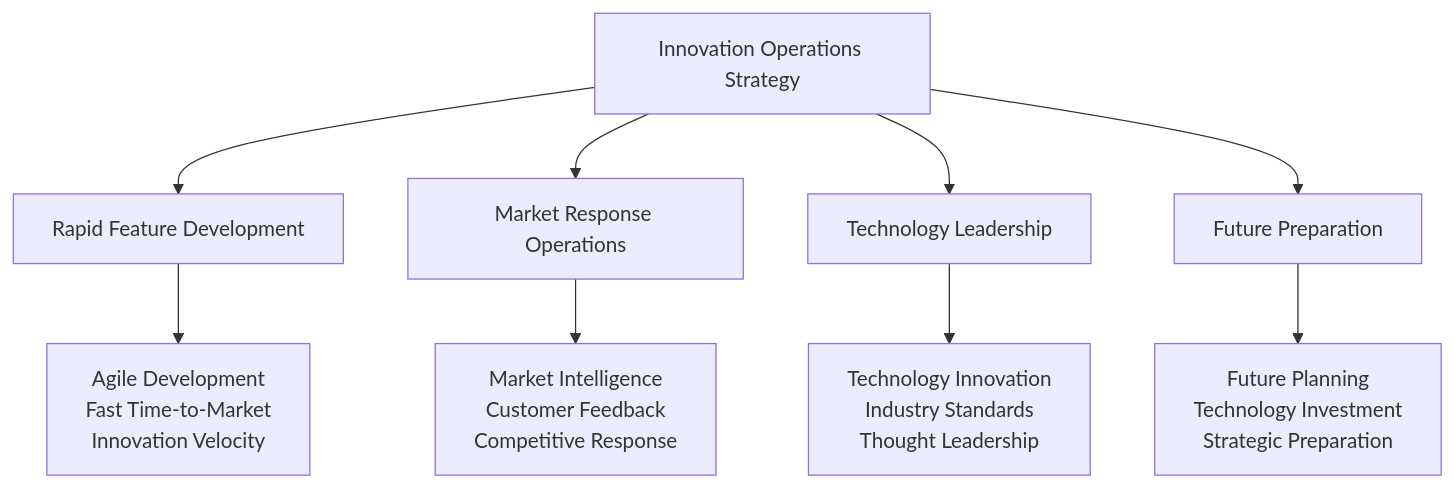
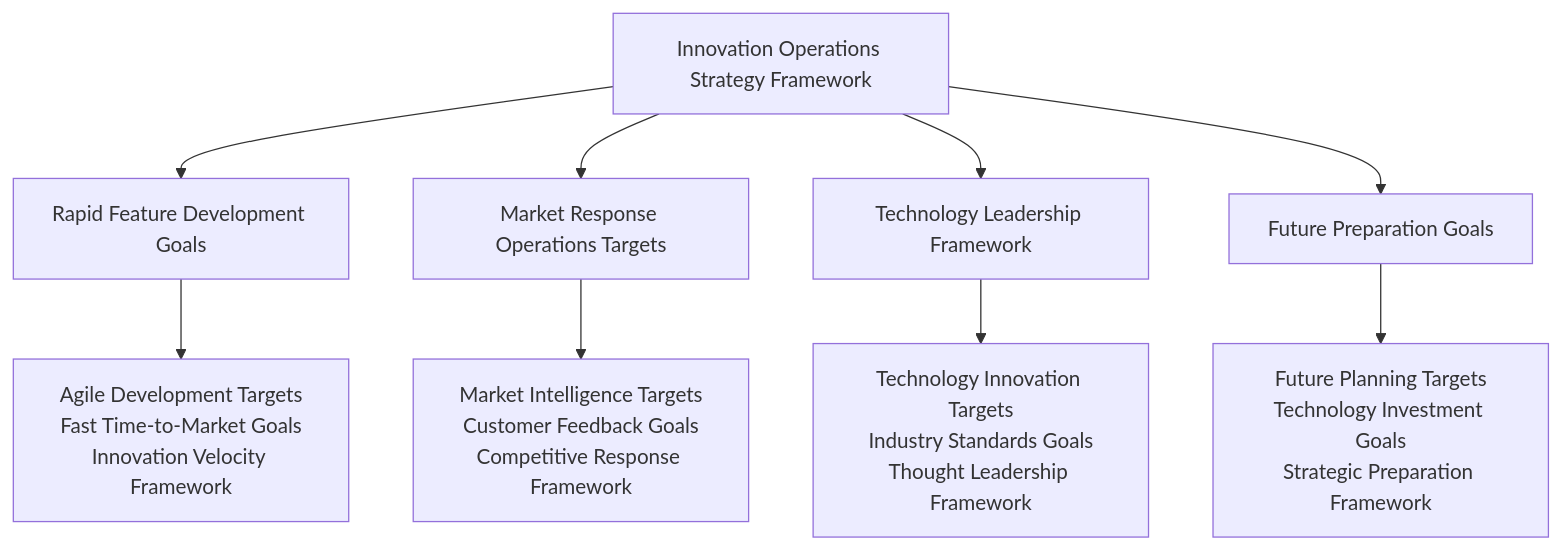
The fifth of 6 diagrams in chapters/14-operations-maintenance.md (mydr24/book), drawn with Mermaid before and after one commit. The commit also changed other lines of this file and 15 other files, not shown here.

````diff
--- a/chapters/14-operations-maintenance.md
+++ b/chapters/14-operations-maintenance.md
@@ -150,12 +154,12 @@
 ```mermaid
 graph TB
-    A[Innovation Operations Strategy] --> B[Rapid Feature Development]
-    A --> C[Market Response Operations]
-    A --> D[Technology Leadership]
-    A --> E[Future Preparation]
+    A[Innovation Operations Strategy Framework] --> B[Rapid Feature Development Goals]
+    A --> C[Market Response Operations Targets]
+    A --> D[Technology Leadership Framework]
+    A --> E[Future Preparation Goals]
     
-    B --> F[Agile Development<br/>Fast Time-to-Market<br/>Innovation Velocity]
-    C --> G[Market Intelligence<br/>Customer Feedback<br/>Competitive Response]
-    D --> H[Technology Innovation<br/>Industry Standards<br/>Thought Leadership]
-    E --> I[Future Planning<br/>Technology Investment<br/>Strategic Preparation]
+    B --> F[Agile Development Targets<br/>Fast Time-to-Market Goals<br/>Innovation Velocity Framework]
+    C --> G[Market Intelligence Targets<br/>Customer Feedback Goals<br/>Competitive Response Framework]
+    D --> H[Technology Innovation Targets<br/>Industry Standards Goals<br/>Thought Leadership Framework]
+    E --> I[Future Planning Targets<br/>Technology Investment Goals<br/>Strategic Preparation Framework]
 ```
````
